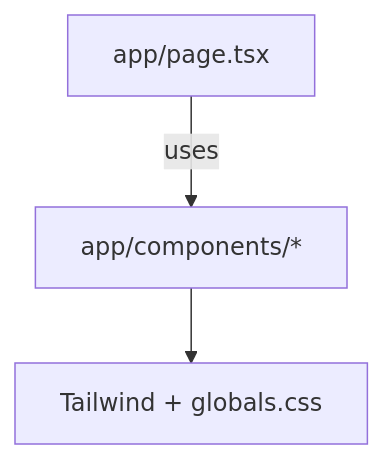
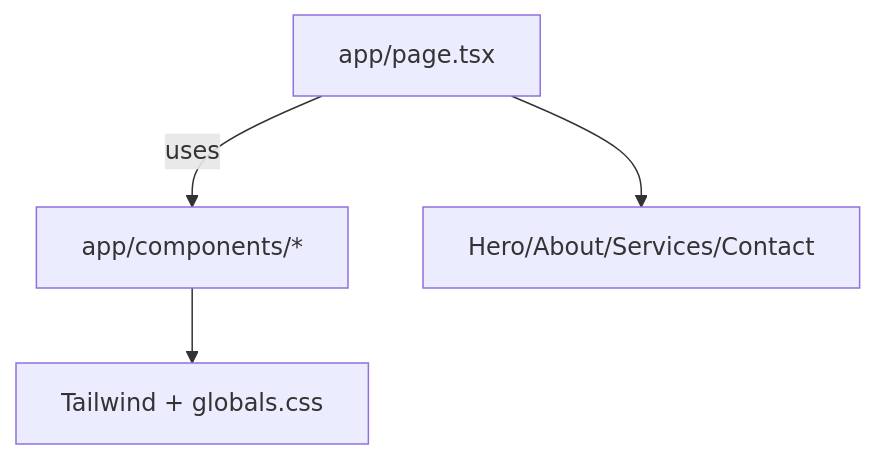
The diagram in lode/practices.md (ipavic933-spec/website-pavic), drawn with Mermaid before and after one commit. The commit also changed other lines of this file and 22 other files, not shown here.

````diff
--- a/lode/practices.md
+++ b/lode/practices.md
@@ -10,5 +12,6 @@
 ```mermaid
 flowchart TD
   Page["app/page.tsx"] -->|uses| Components["app/components/*"]
   Components --> Styles["Tailwind + globals.css"]
+  Page --> Sections["Hero/About/Services/Contact"]
 ```
````
